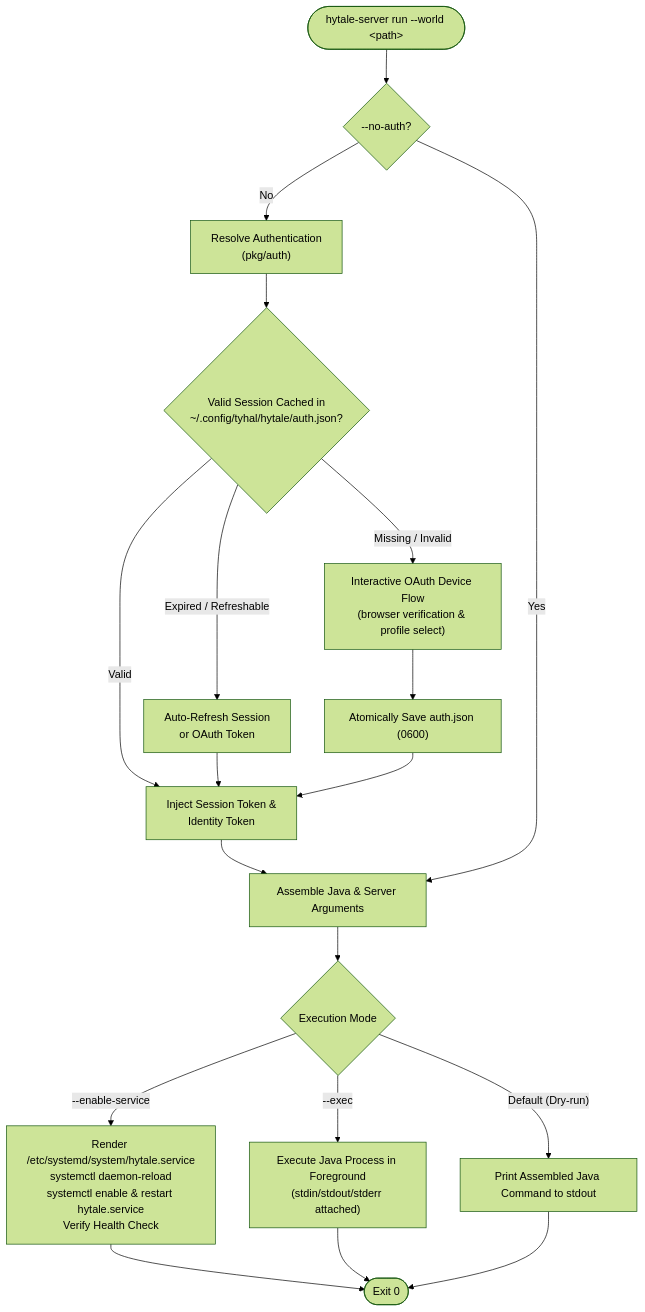
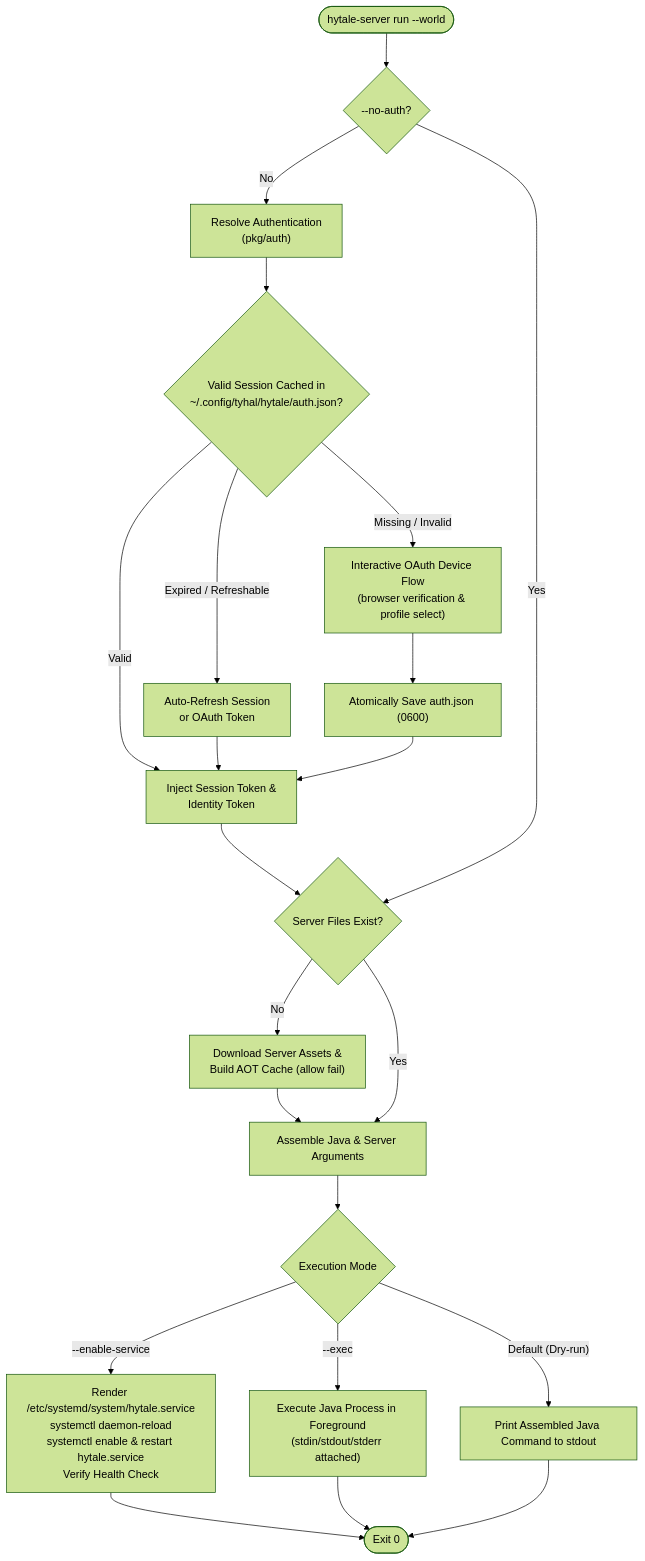
The diagram in README.md (tyhal/hytale), drawn with Mermaid (forest theme) before and after one commit. The commit also changed other lines of this file, not shown here.

````diff
--- a/README.md
+++ b/README.md
@@ -18,25 +21,29 @@
 ```mermaid
 flowchart TD
-    Start(["hytale-server run --world &lt;path&gt;"]) --> CheckAuth{"--no-auth?"}
+    Start(["hytale-server run --world <path>"]) --> CheckAuth{"--no-auth?"}
 
     CheckAuth -- No --> ResolveAuth["Resolve Authentication<br/>(pkg/auth)"]
     ResolveAuth --> CacheCheck{"Valid Session Cached in<br/>~/.config/tyhal/hytale/auth.json?"}
     CacheCheck -- Valid --> InjectTokens["Inject Session Token &<br/>Identity Token"]
     CacheCheck -- Expired / Refreshable --> RefreshTokens["Auto-Refresh Session<br/>or OAuth Token"]
     RefreshTokens --> InjectTokens
     CacheCheck -- Missing / Invalid --> DeviceFlow["Interactive OAuth Device Flow<br/>(browser verification & profile select)"]
     DeviceFlow --> SaveCache["Atomically Save auth.json (0600)"]
     SaveCache --> InjectTokens
-    InjectTokens --> BuildArgs
+    InjectTokens --> CheckFiles
 
-    CheckAuth -- Yes --> BuildArgs["Assemble Java & Server Arguments"]
+    CheckAuth -- Yes --> CheckFiles{"Server Files Exist?"}
+
+    CheckFiles -- No --> AutoDownload["Download Server Assets &<br/>Build AOT Cache (allow fail)"]
+    AutoDownload --> BuildArgs
+    CheckFiles -- Yes --> BuildArgs["Assemble Java & Server Arguments"]
 
     BuildArgs --> CheckMode{"Execution Mode"}
     CheckMode -- "--enable-service" --> SystemdMode["Render /etc/systemd/system/hytale.service<br/>systemctl daemon-reload<br/>systemctl enable & restart hytale.service<br/>Verify Health Check"]
     CheckMode -- "--exec" --> ExecMode["Execute Java Process in Foreground<br/>(stdin/stdout/stderr attached)"]
     CheckMode -- Default (Dry-run) --> PrintCmd["Print Assembled Java Command to stdout"]
 
     SystemdMode --> End(["Exit 0"])
     ExecMode --> End
     PrintCmd --> End
 ```
````
